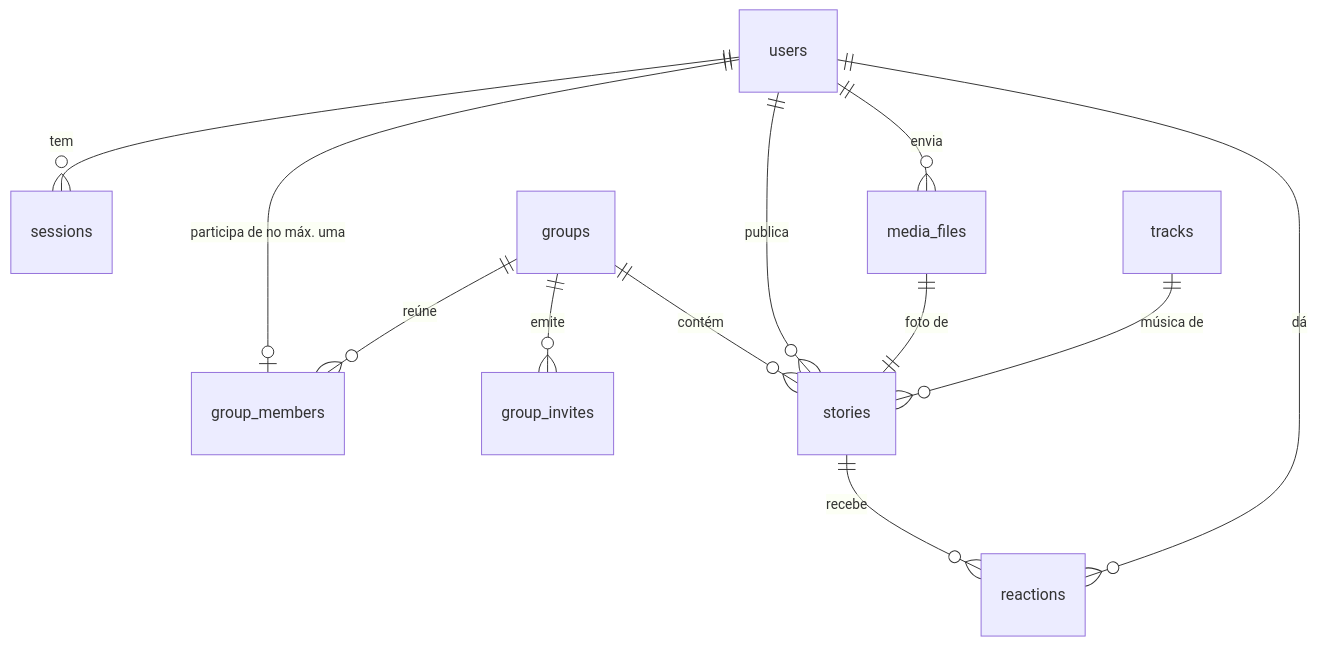
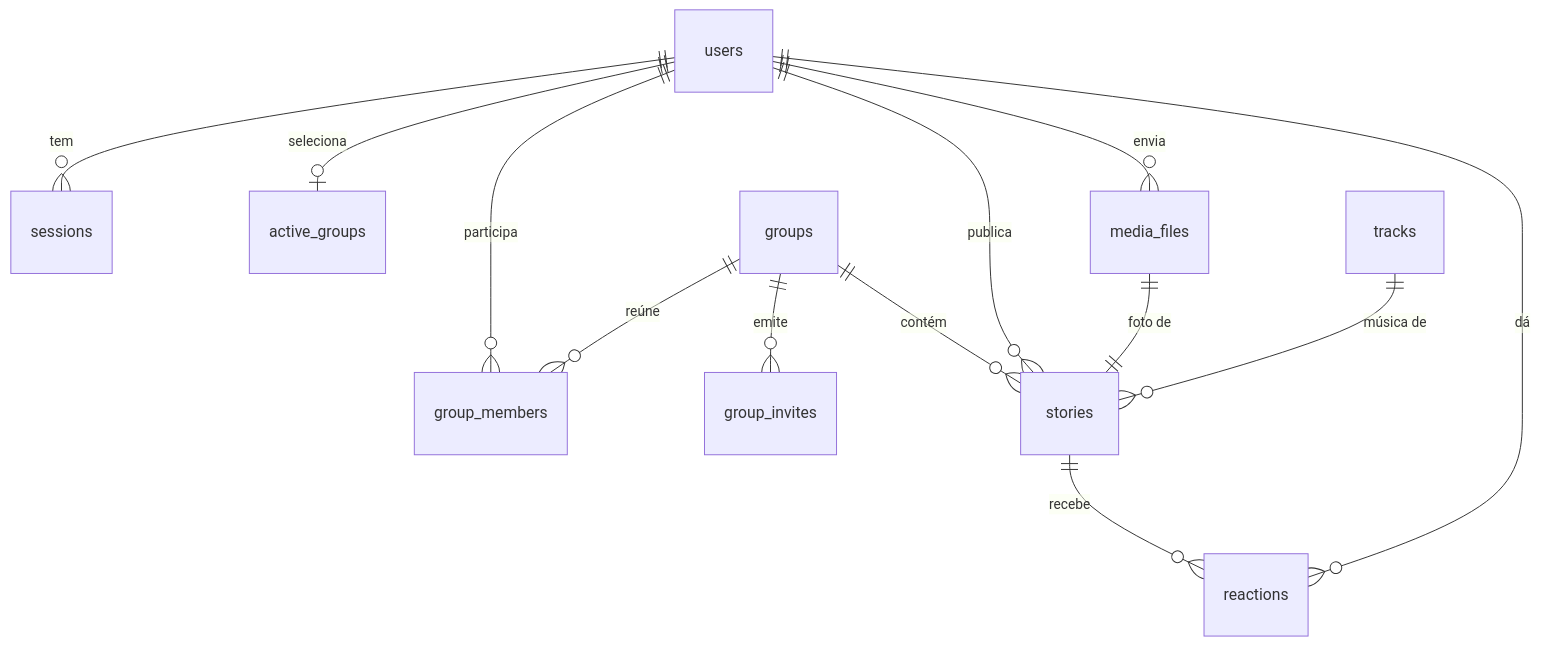
The diagram in backend/docs/dados-e-regras.md (JanGustavo/MeteMarcha), drawn with Mermaid before and after one commit. The commit also changed other lines of this file and 10 other files, not shown here.

````diff
--- a/backend/docs/dados-e-regras.md
+++ b/backend/docs/dados-e-regras.md
@@ -7,14 +7,15 @@
 ```mermaid
 erDiagram
     users ||--o{ sessions : "tem"
-    users ||--o| group_members : "participa de no máx. uma"
+    users ||--o{ group_members : "participa"
+    users ||--o| active_groups : "seleciona"
     groups ||--o{ group_members : "reúne"
     groups ||--o{ group_invites : "emite"
     users ||--o{ media_files : "envia"
     groups ||--o{ stories : "contém"
     users ||--o{ stories : "publica"
     media_files ||--|| stories : "foto de"
     tracks ||--o{ stories : "música de"
     stories ||--o{ reactions : "recebe"
     users ||--o{ reactions : "dá"
 ```
````
